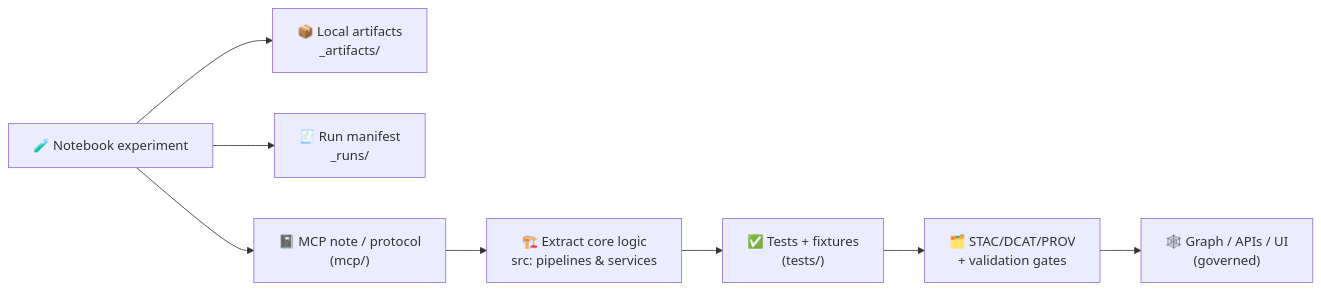
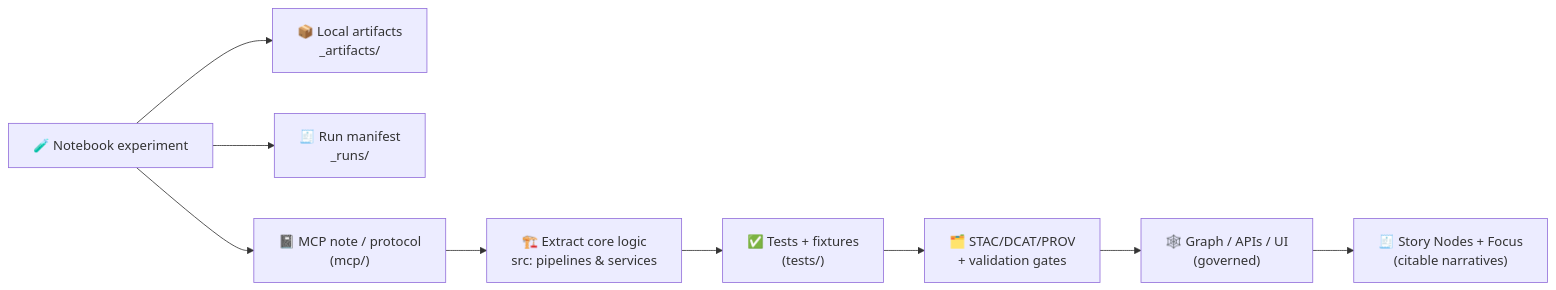
Before and after one commit to bartytime4life/Kansas-Frontier-Matrix: the diagram in notebooks/README.md, drawn with Mermaid. The commit also changed other lines of this file, not shown here.

````diff
--- a/notebooks/README.md
+++ b/notebooks/README.md
@@ -322,10 +402,11 @@
 ```mermaid
 flowchart LR
   A["🧪 Notebook experiment"] --> B["📦 Local artifacts\n_artifacts/"]
   A --> R["🧾 Run manifest\n_runs/"]
   A --> C["📓 MCP note / protocol\n(mcp/)"]
   C --> D["🏗️ Extract core logic\nsrc: pipelines & services"]
   D --> E["✅ Tests + fixtures\n(tests/)"]
   E --> F["🗂️ STAC/DCAT/PROV\n+ validation gates"]
   F --> G["🕸️ Graph / APIs / UI\n(governed)"]
+  G --> H["🧾 Story Nodes + Focus\n(citable narratives)"]
 ```
````
